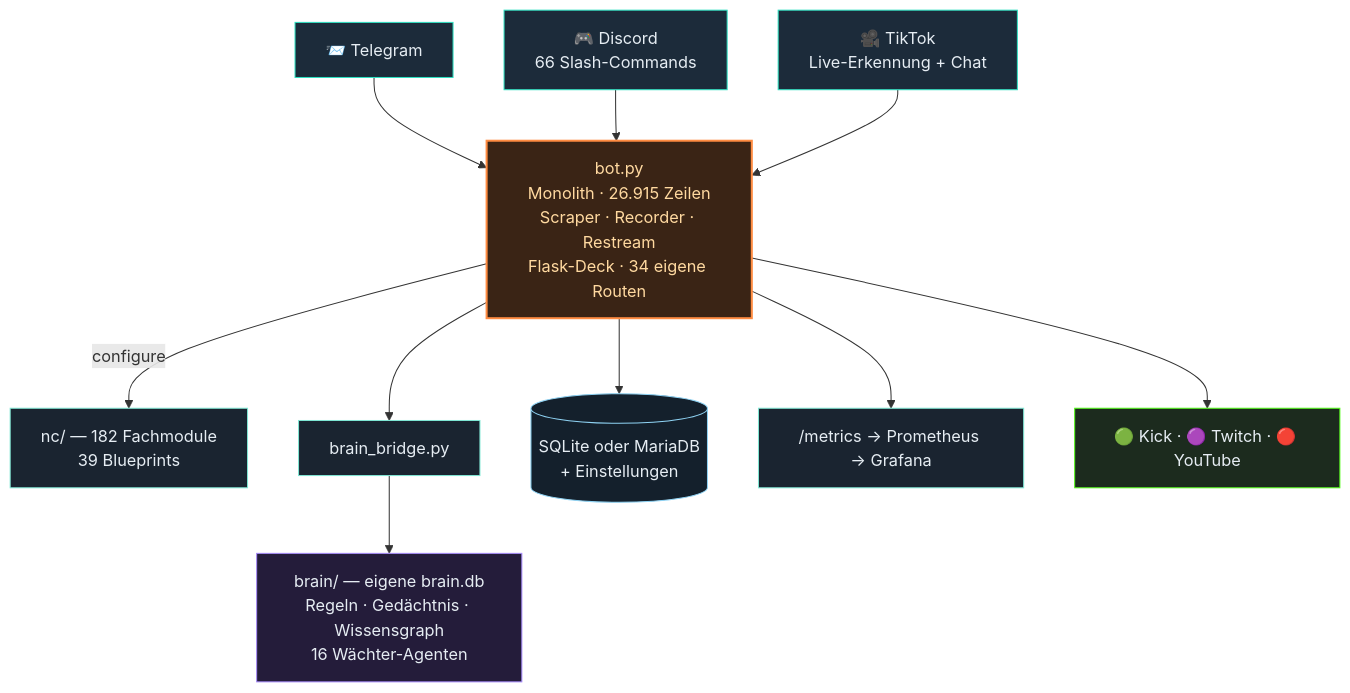
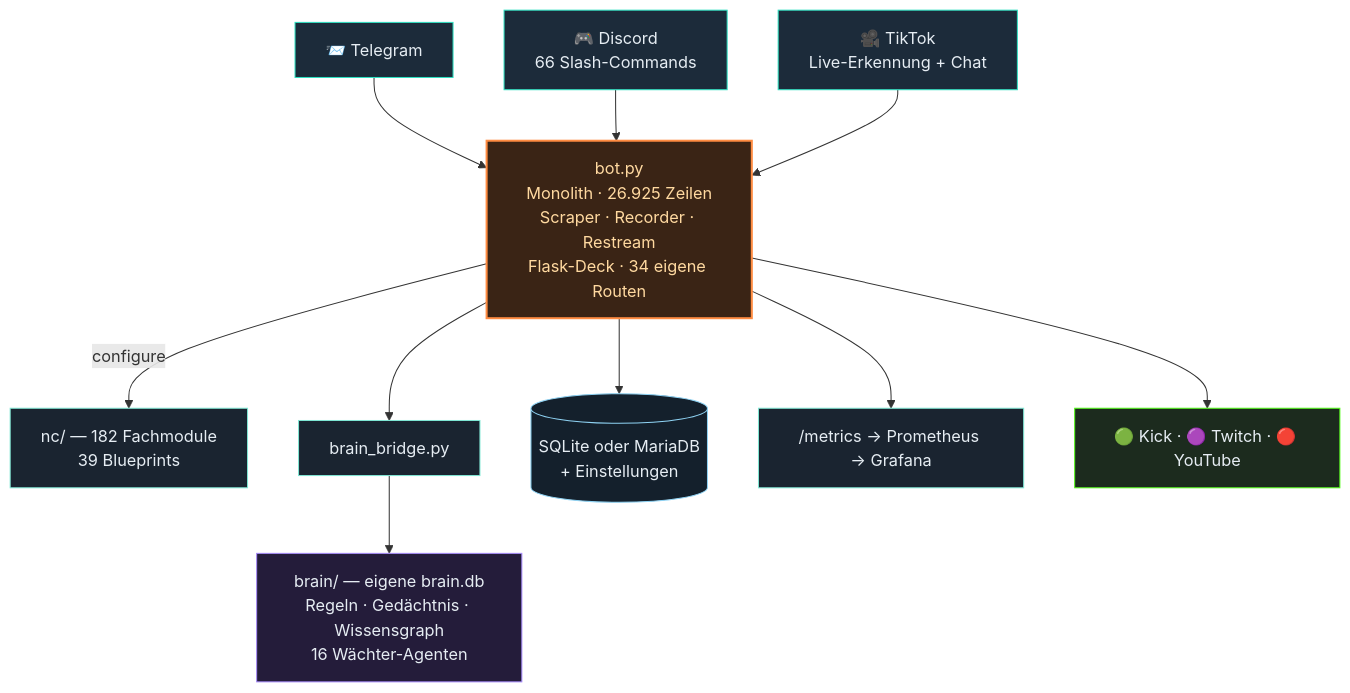
One commit to itsamemedev/Telegram-Stream-Info-Bot changed the second of 3 diagrams in README.md. Above: the diagram before and after it, drawn with Mermaid. The commit also changed other lines of this file and 12 other files, not shown here.

````diff
--- a/README.md
+++ b/README.md
@@ -118,19 +118,19 @@
 ```mermaid
 flowchart TB
     TG["📨 Telegram"]:::ein --> BOT
     DC["🎮 Discord<br/>66 Slash-Commands"]:::ein --> BOT
     TT["🎥 TikTok<br/>Live-Erkennung + Chat"]:::ein --> BOT
-    BOT["bot.py<br/>Monolith · 26.915 Zeilen<br/>Scraper · Recorder · Restream<br/>Flask-Deck · 34 eigene Routen"]:::core
+    BOT["bot.py<br/>Monolith · 26.925 Zeilen<br/>Scraper · Recorder · Restream<br/>Flask-Deck · 34 eigene Routen"]:::core
     BOT -->|configure| NC["nc/ — 182 Fachmodule<br/>39 Blueprints"]:::lib
     BOT --> BR["brain_bridge.py"]:::lib
     BR --> BRAIN["brain/ — eigene brain.db<br/>Regeln · Gedächtnis · Wissensgraph<br/>16 Wächter-Agenten"]:::brain
     BOT --> DB[("SQLite oder MariaDB<br/>+ Einstellungen")]:::db
     BOT --> PROM["/metrics → Prometheus → Grafana"]:::lib
     BOT --> OUT["🟢 Kick · 🟣 Twitch · 🔴 YouTube"]:::out
     classDef ein fill:#1c2b3a,stroke:#2de1c2,color:#e6edf3
     classDef core fill:#3a2415,stroke:#ff8c42,stroke-width:2px,color:#ffd9a0
     classDef lib fill:#1a2430,stroke:#7fe7d4,color:#e6edf3
     classDef brain fill:#241c3a,stroke:#a78bfa,color:#e6edf3
     classDef db fill:#14202c,stroke:#8fd3f4,color:#e6edf3
     classDef out fill:#1c2b1e,stroke:#53fc18,color:#e6edf3
 ```
````
